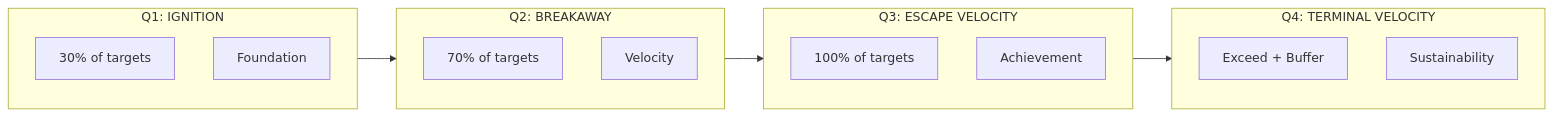
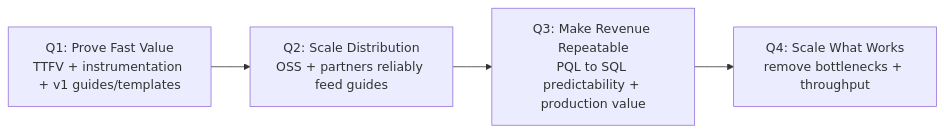
The second of 2 diagrams in content/strategy/company/fy26-roadmap.mdx (514-labs/internal), drawn with Mermaid before and after one commit. The commit also changed other lines of this file, not shown here.

Commit message:
updated roadmap

````diff
--- a/content/strategy/company/fy26-roadmap.mdx
+++ b/content/strategy/company/fy26-roadmap.mdx
@@ -224,24 +124,7 @@
 ```mermaid
 flowchart LR
-    subgraph Q1 [Q1: IGNITION]
-        Q1_TARGET[30% of targets]
-        Q1_FOCUS[Foundation]
-    end
-    
-    subgraph Q2 [Q2: BREAKAWAY]
-        Q2_TARGET[70% of targets]
-        Q2_FOCUS[Velocity]
-    end
-    
-    subgraph Q3 [Q3: ESCAPE VELOCITY]
-        Q3_TARGET[100% of targets]
-        Q3_FOCUS[Achievement]
-    end
-    
-    subgraph Q4 [Q4: TERMINAL VELOCITY]
-        Q4_TARGET[Exceed + Buffer]
-        Q4_FOCUS[Sustainability]
-    end
-    
-    Q1 --> Q2 --> Q3 --> Q4
+  Q1[Q1: Prove Fast Value<br/>TTFV + instrumentation + v1 guides/templates] --> 
+  Q2[Q2: Scale Distribution<br/>OSS + partners reliably feed guides] --> 
+  Q3[Q3: Make Revenue Repeatable<br/>PQL to SQL predictability + production value] --> 
+  Q4[Q4: Scale What Works<br/>remove bottlenecks + throughput]
 ```
````
